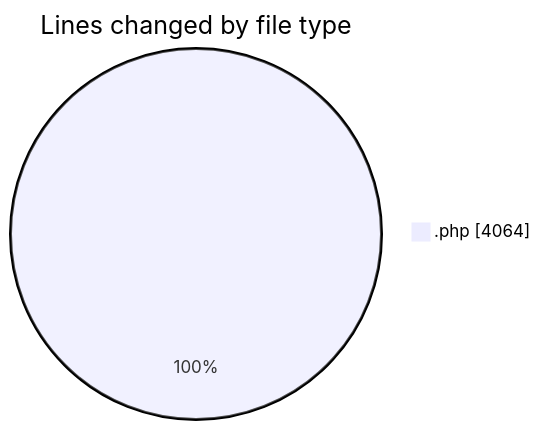
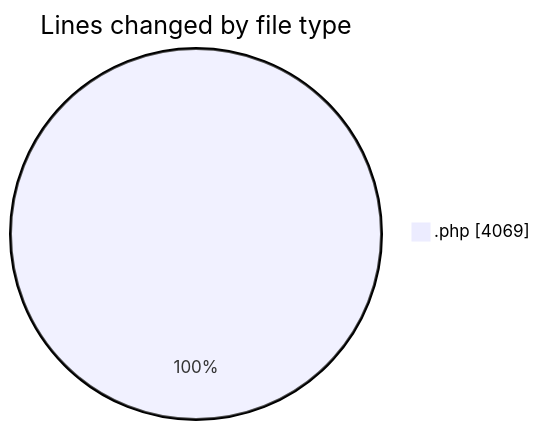
Before and after one commit to debugP/code-tracking: the first of 2 diagrams in 2025-10-03/untitled__workspace_/README.md, drawn with Mermaid. The commit also changed other lines of this file and 1 other file, not shown here.

````diff
--- a/2025-10-03/untitled__workspace_/README.md
+++ b/2025-10-03/untitled__workspace_/README.md
@@ -21,5 +21,5 @@
 ```mermaid
 pie showData
 title Lines changed by file type
-".php" : 4064
+".php" : 4069
 ```
````
